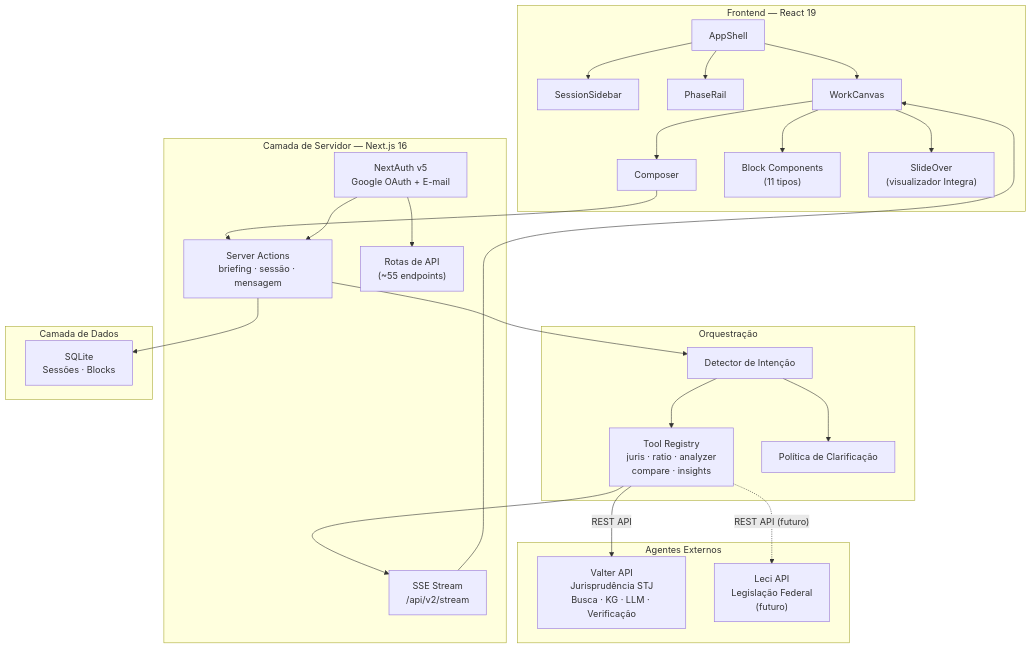
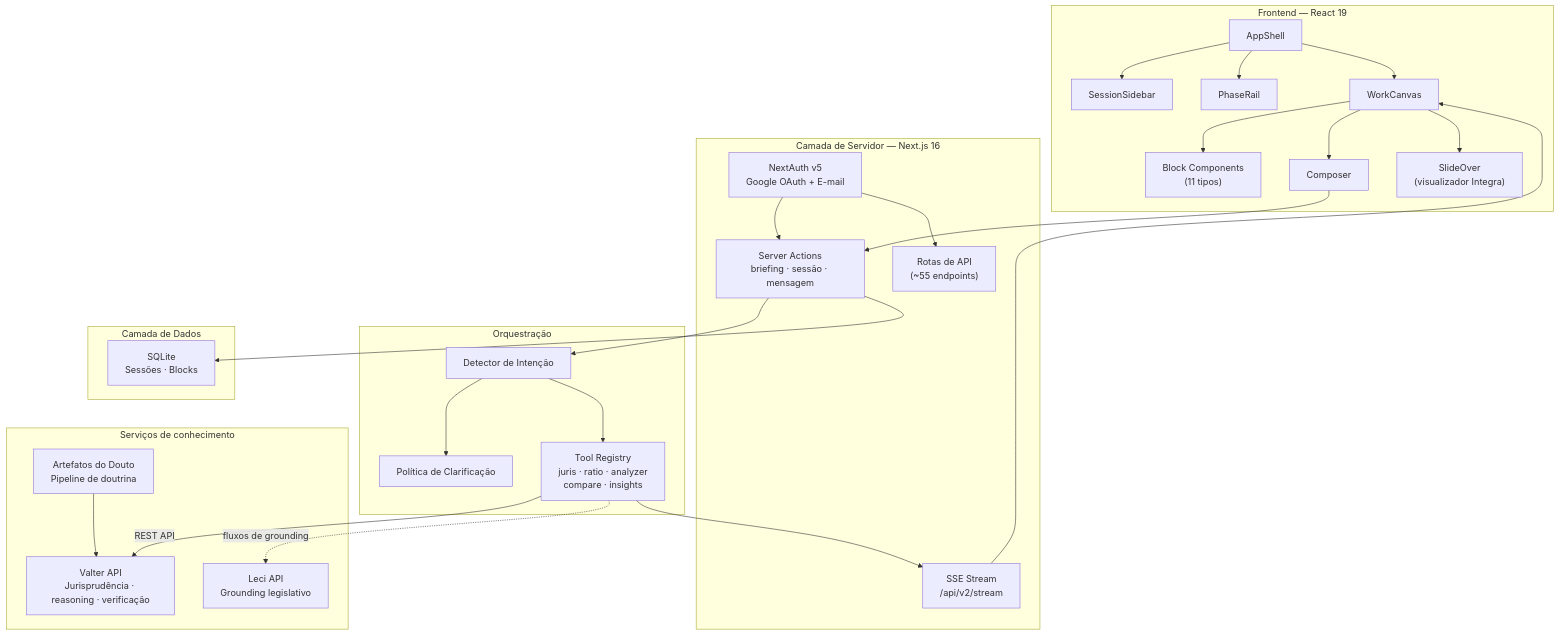
The diagram in sites/juca/src/content/docs/pt-br/architecture/overview.md (sensdiego/sens.legal), drawn with Mermaid before and after one commit. The commit also changed other lines of this file and 57 other files, not shown here.

````diff
--- a/sites/juca/src/content/docs/pt-br/architecture/overview.md
+++ b/sites/juca/src/content/docs/pt-br/architecture/overview.md
@@ -29,54 +29,56 @@
 ```mermaid
 graph TB
     subgraph "Frontend — React 19"
         AppShell["AppShell"]
         Sidebar["SessionSidebar"]
         PhaseRail["PhaseRail"]
         Canvas["WorkCanvas"]
         Composer["Composer"]
         Blocks["Block Components<br/>(11 tipos)"]
         SlideOver["SlideOver<br/>(visualizador Integra)"]
     end
 
     subgraph "Camada de Servidor — Next.js 16"
         Actions["Server Actions<br/>briefing · sessão · mensagem"]
         Routes["Rotas de API<br/>(~55 endpoints)"]
         SSE["SSE Stream<br/>/api/v2/stream"]
         Auth["NextAuth v5<br/>Google OAuth + E-mail"]
     end
 
     subgraph "Orquestração"
         Intent["Detector de Intenção"]
         Tools["Tool Registry<br/>juris · ratio · analyzer<br/>compare · insights"]
         Clarify["Política de Clarificação"]
     end
 
-    subgraph "Agentes Externos"
-        Valter["Valter API<br/>Jurisprudência STJ<br/>Busca · KG · LLM · Verificação"]
-        Leci["Leci API<br/>Legislação Federal<br/>(futuro)"]
+    subgraph "Serviços de conhecimento"
+        Valter["Valter API<br/>Jurisprudência · reasoning · verificação"]
+        Leci["Leci API<br/>Grounding legislativo"]
+        Douto["Artefatos do Douto<br/>Pipeline de doutrina"]
     end
 
     subgraph "Camada de Dados"
         SQLite["SQLite<br/>Sessões · Blocks"]
     end
 
     AppShell --> Sidebar
     AppShell --> PhaseRail
     AppShell --> Canvas
     Canvas --> Blocks
     Canvas --> Composer
     Canvas --> SlideOver
 
     Composer --> Actions
     Actions --> Intent
     Intent --> Clarify
     Intent --> Tools
     Tools -->|"REST API"| Valter
-    Tools -.->|"REST API (futuro)"| Leci
+    Tools -.->|"fluxos de grounding"| Leci
+    Douto --> Valter
     Tools --> SSE
 
     Actions --> SQLite
     SSE --> Canvas
     Auth --> Actions
     Auth --> Routes
 ```
````
